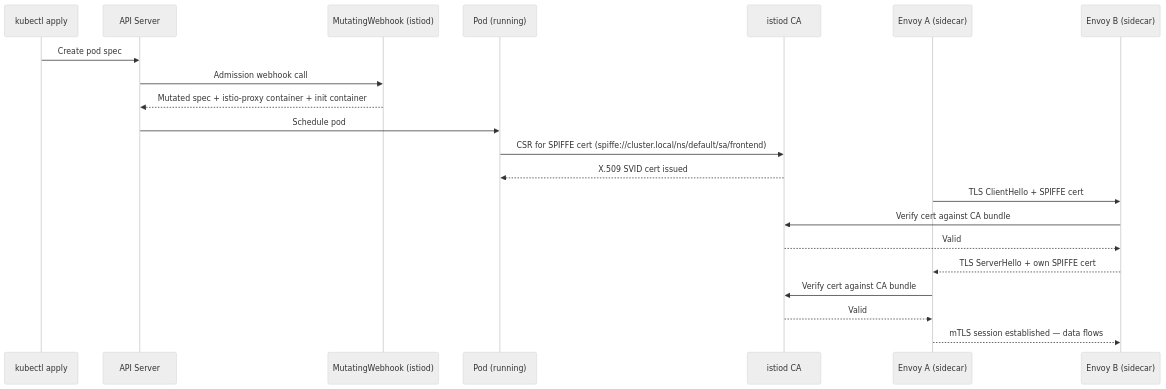
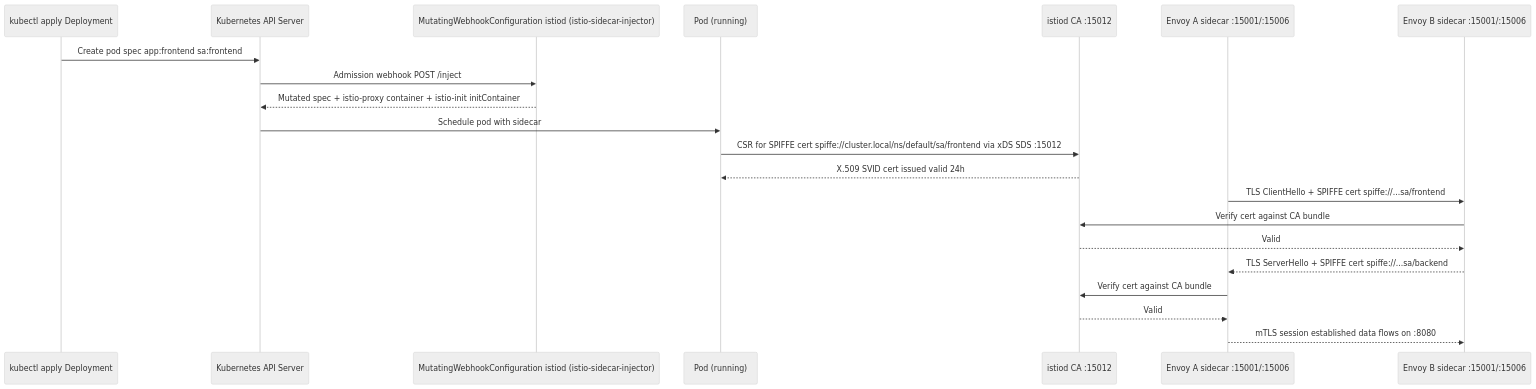
The third of 3 diagrams in lessons/21-service-mesh-istio.md (MykolaLebid/Kubernetes_networking_engineering), drawn with Mermaid (neutral theme) before and after one commit. The commit also changed other lines of this file and 35 other files, not shown here.

First line of the commit message:
Restructure all 34 lessons: Theory/Practice split, richer diagrams, industry examples, navigation

````diff
--- a/lessons/21-service-mesh-istio.md
+++ b/lessons/21-service-mesh-istio.md
@@ -85,24 +70,24 @@
 ```mermaid
 sequenceDiagram
-    participant K as kubectl apply
-    participant API as API Server
-    participant MWC as MutatingWebhook (istiod)
+    participant K as kubectl apply Deployment
+    participant API as Kubernetes API Server
+    participant MWC as MutatingWebhookConfiguration istiod (istio-sidecar-injector)
     participant POD as Pod (running)
-    participant ISTIOD as istiod CA
-    participant ENVOY_A as Envoy A (sidecar)
-    participant ENVOY_B as Envoy B (sidecar)
+    participant ISTIOD as istiod CA :15012
+    participant ENVOY_A as Envoy A sidecar :15001/:15006
+    participant ENVOY_B as Envoy B sidecar :15001/:15006
 
-    K->>API: Create pod spec
-    API->>MWC: Admission webhook call
-    MWC-->>API: Mutated spec + istio-proxy container + init container
-    API->>POD: Schedule pod
-    POD->>ISTIOD: CSR for SPIFFE cert (spiffe://cluster.local/ns/default/sa/frontend)
-    ISTIOD-->>POD: X.509 SVID cert issued
-    ENVOY_A->>ENVOY_B: TLS ClientHello + SPIFFE cert
+    K->>API: Create pod spec app:frontend sa:frontend
+    API->>MWC: Admission webhook POST /inject
+    MWC-->>API: Mutated spec + istio-proxy container + istio-init initContainer
+    API->>POD: Schedule pod with sidecar
+    POD->>ISTIOD: CSR for SPIFFE cert spiffe://cluster.local/ns/default/sa/frontend via xDS SDS :15012
+    ISTIOD-->>POD: X.509 SVID cert issued valid 24h
+    ENVOY_A->>ENVOY_B: TLS ClientHello + SPIFFE cert spiffe://...sa/frontend
     ENVOY_B->>ISTIOD: Verify cert against CA bundle
     ISTIOD-->>ENVOY_B: Valid
-    ENVOY_B-->>ENVOY_A: TLS ServerHello + own SPIFFE cert
+    ENVOY_B-->>ENVOY_A: TLS ServerHello + SPIFFE cert spiffe://...sa/backend
     ENVOY_A->>ISTIOD: Verify cert against CA bundle
     ISTIOD-->>ENVOY_A: Valid
-    ENVOY_A-->>ENVOY_B: mTLS session established — data flows
+    ENVOY_A-->>ENVOY_B: mTLS session established data flows on :8080
 ```
````
